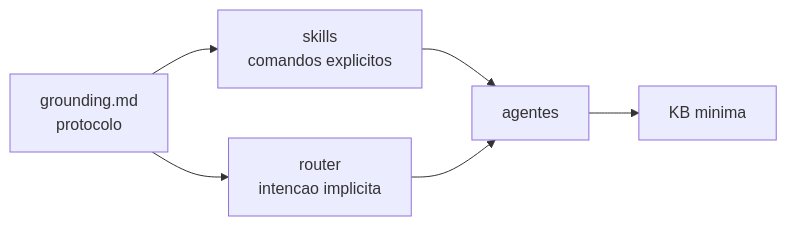
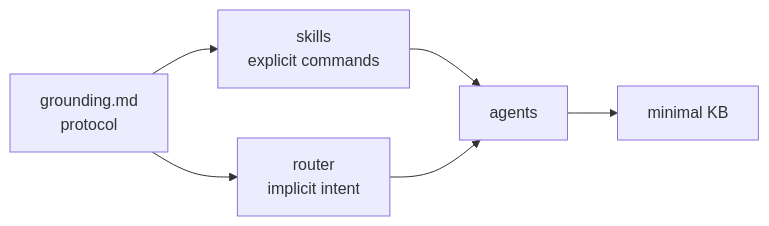
One commit to Tiao553/sdd-harness-copilot changed the second of 2 diagrams in docs/reference/grounding.md. Above: the diagram before and after it, drawn with Mermaid. The commit also changed other lines of this file and 19 other files, not shown here.

````diff
--- a/docs/reference/grounding.md
+++ b/docs/reference/grounding.md
@@ -41,8 +41,8 @@
 ```mermaid
 flowchart LR
-    A["grounding.md<br/>protocolo"] --> B["skills<br/>comandos explicitos"]
-    A --> C["router<br/>intencao implicita"]
-    B --> D["agentes"]
+    A["grounding.md<br/>protocol"] --> B["skills<br/>explicit commands"]
+    A --> C["router<br/>implicit intent"]
+    B --> D["agents"]
     C --> D
-    D --> E["KB minima"]
+    D --> E["minimal KB"]
 ```
````
